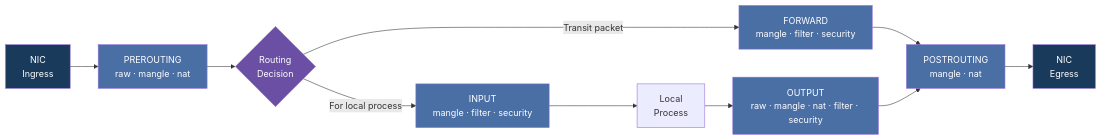
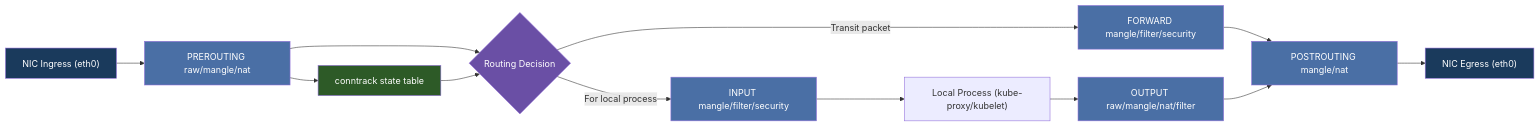
The first of 2 diagrams in lessons/03-iptables-and-netfilter.md (MykolaLebid/Kubernetes_networking_engineering), drawn with Mermaid before and after one commit. The commit also changed other lines of this file and 35 other files, not shown here.

First line of the commit message:
Restructure all 34 lessons: Theory/Practice split, richer diagrams, industry examples, navigation

````diff
--- a/lessons/03-iptables-and-netfilter.md
+++ b/lessons/03-iptables-and-netfilter.md
@@ -25,21 +18,24 @@
 ```mermaid
 flowchart LR
-    NIC_IN[NIC\nIngress] --> PRE[PREROUTING\nraw · mangle · nat]
-    PRE --> RD{Routing\nDecision}
-    RD -->|For local process| INP[INPUT\nmangle · filter · security]
-    RD -->|Transit packet| FWD[FORWARD\nmangle · filter · security]
-    INP --> LOC[Local\nProcess]
-    LOC --> OUT[OUTPUT\nraw · mangle · nat · filter · security]
-    FWD --> POST[POSTROUTING\nmangle · nat]
+    NIC_IN["NIC Ingress (eth0)"] --> PRE["PREROUTING raw/mangle/nat"]
+    PRE --> RD{"Routing Decision"}
+    RD -->|"For local process"| INP["INPUT mangle/filter/security"]
+    RD -->|"Transit packet"| FWD["FORWARD mangle/filter/security"]
+    INP --> LOC["Local Process (kube-proxy/kubelet)"]
+    LOC --> OUT["OUTPUT raw/mangle/nat/filter"]
+    FWD --> POST["POSTROUTING mangle/nat"]
     OUT --> POST
-    POST --> NIC_OUT[NIC\nEgress]
+    POST --> NIC_OUT["NIC Egress (eth0)"]
+    PRE --> CT["conntrack state table"]
+    CT --> RD
 
     style NIC_IN fill:#1a3a5c,color:#fff
     style NIC_OUT fill:#1a3a5c,color:#fff
     style PRE fill:#4a6fa5,color:#fff
     style RD fill:#6a4fa5,color:#fff
     style INP fill:#4a6fa5,color:#fff
     style FWD fill:#4a6fa5,color:#fff
     style OUT fill:#4a6fa5,color:#fff
     style POST fill:#4a6fa5,color:#fff
+    style CT fill:#2d5a27,color:#fff
 ```
````
